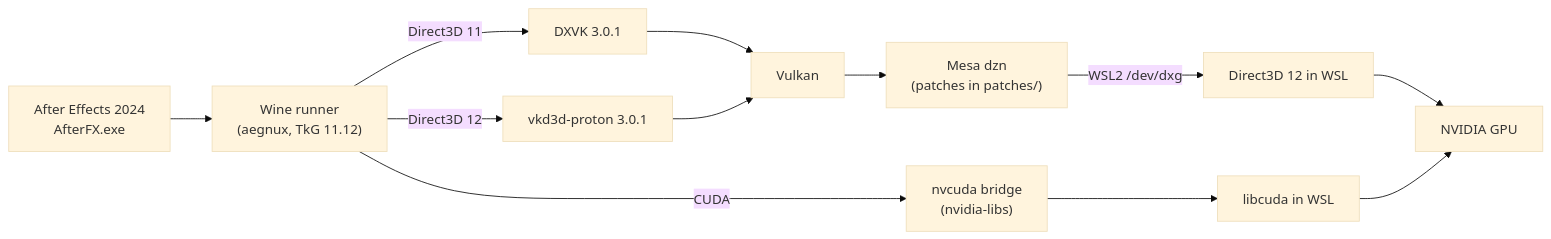
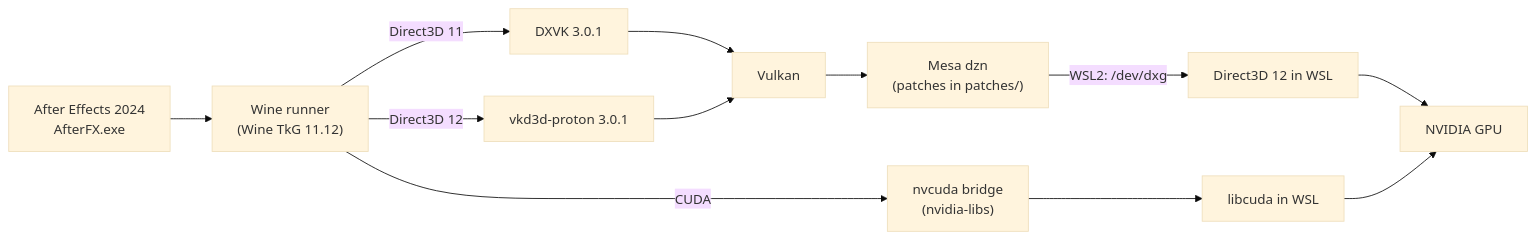
Before and after one commit to BuggingDev/NuxFX: the diagram in README.md, drawn with Mermaid (base theme). The commit also changed other lines of this file and 1 other file, not shown here.

````diff
--- a/README.md
+++ b/README.md
@@ -54,14 +67,14 @@
 ```mermaid
 flowchart LR
-    AE["After Effects 2024<br/>AfterFX.exe"] --> WINE["Wine runner<br/>(aegnux, TkG 11.12)"]
+    AE["After Effects 2024<br/>AfterFX.exe"] --> WINE["Wine runner<br/>(Wine TkG 11.12)"]
     WINE -- "Direct3D 11" --> DXVK["DXVK 3.0.1"]
     WINE -- "Direct3D 12" --> VKD3D["vkd3d-proton 3.0.1"]
     WINE -- "CUDA" --> NVCUDA["nvcuda bridge<br/>(nvidia-libs)"]
     DXVK --> VK["Vulkan"]
     VKD3D --> VK
     VK --> DZN["Mesa dzn<br/>(patches in patches/)"]
-    DZN -- "WSL2 /dev/dxg" --> D3D12["Direct3D 12 in WSL"]
+    DZN -- "WSL2: /dev/dxg" --> D3D12["Direct3D 12 in WSL"]
     D3D12 --> GPU["NVIDIA GPU"]
     NVCUDA --> LIBCUDA["libcuda in WSL"]
     LIBCUDA --> GPU
 ```
````
